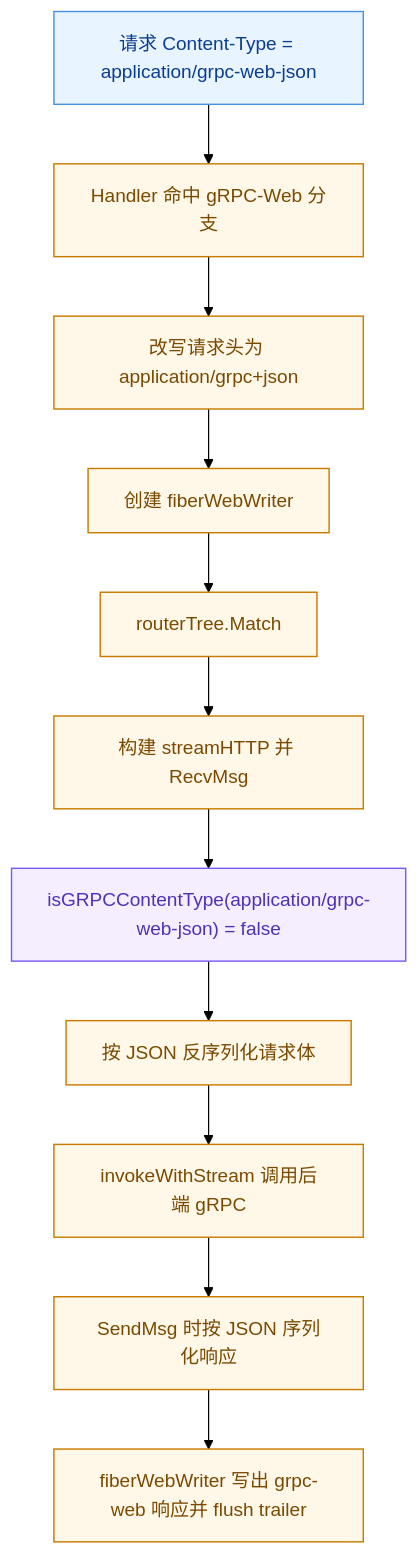
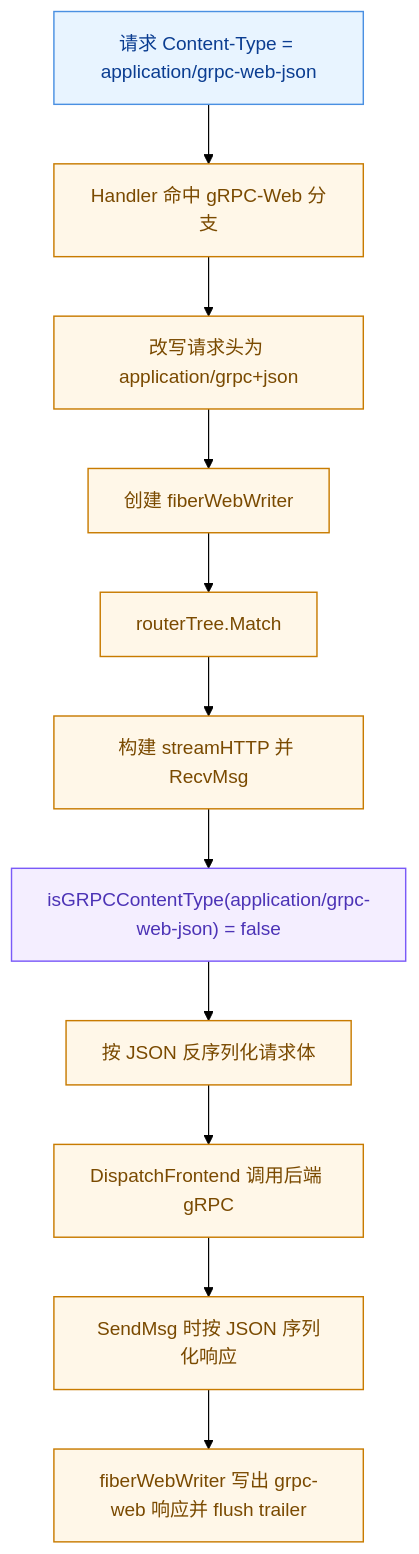
The sixth of 7 diagrams in pkg/gateway/docs/architecture.md (pubgo/lava), drawn with Mermaid (forest theme) before and after one commit. The commit also changed other lines of this file and 14 other files, not shown here.

````diff
--- a/pkg/gateway/docs/architecture.md
+++ b/pkg/gateway/docs/architecture.md
@@ -341,21 +348,21 @@
 ```mermaid
 flowchart TD
     A["请求 Content-Type = application/grpc-web-json"] --> B["Handler 命中 gRPC-Web 分支"]
     B --> C["改写请求头为 application/grpc+json"]
     C --> D["创建 fiberWebWriter"]
     D --> E["routerTree.Match"]
     E --> F["构建 streamHTTP 并 RecvMsg"]
     F --> G["isGRPCContentType(application/grpc-web-json) = false"]
     G --> H["按 JSON 反序列化请求体"]
-    H --> I["invokeWithStream 调用后端 gRPC"]
+    H --> I["DispatchFrontend 调用后端 gRPC"]
     I --> J["SendMsg 时按 JSON 序列化响应"]
     J --> K["fiberWebWriter 写出 grpc-web 响应并 flush trailer"]
 
     classDef entry fill:#E8F4FF,stroke:#4A90E2,stroke-width:1.2px,color:#0B3D91;
     classDef decision fill:#F4EEFF,stroke:#7A5AF8,stroke-width:1.2px,color:#4C33B6;
     classDef process fill:#FFF7E8,stroke:#C87B00,stroke-width:1.2px,color:#7A4A00;
 
     class A entry;
     class G decision;
     class B,C,D,E,F,H,I,J,K process;
 ```
````
